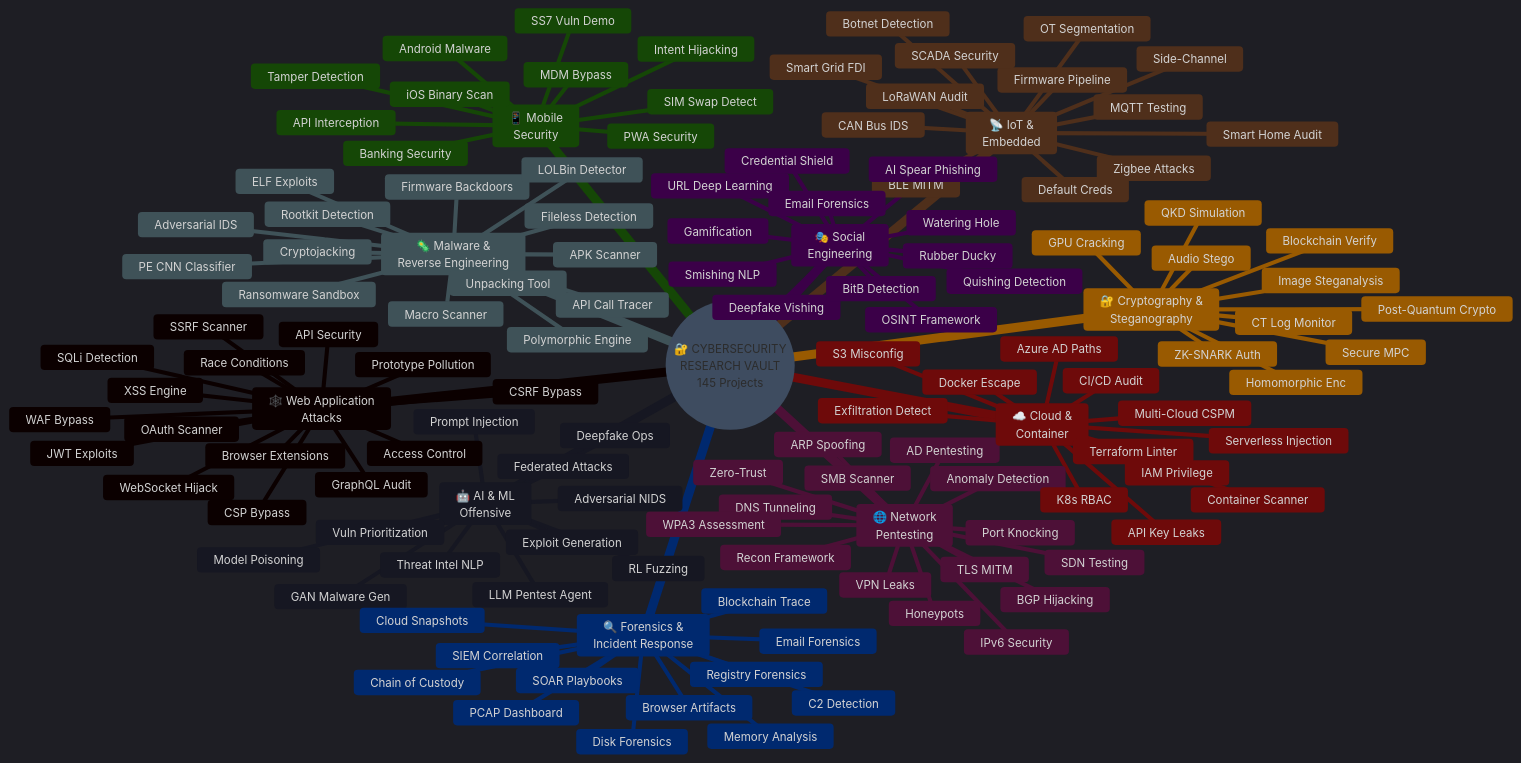
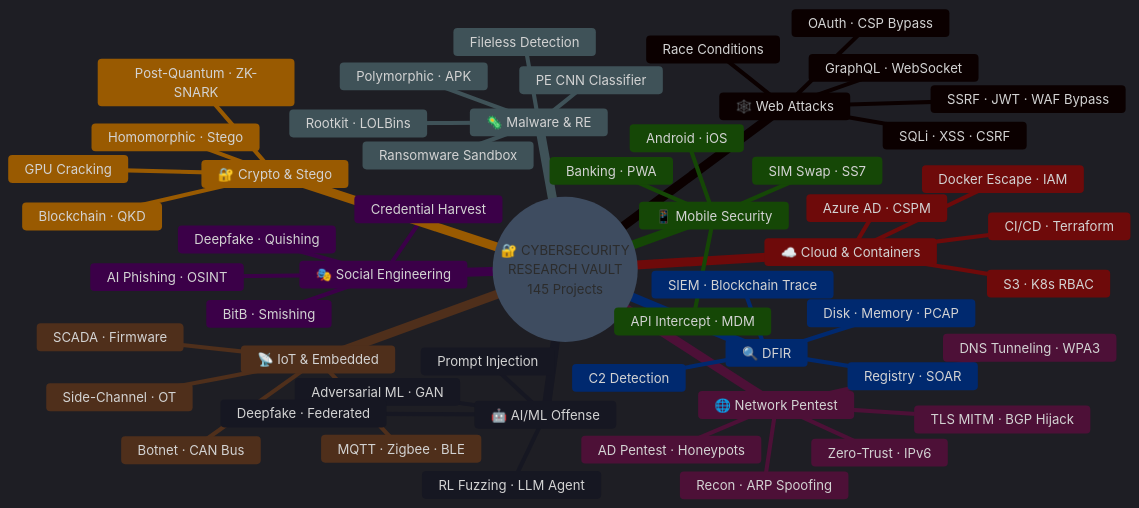
One commit to Osxninja/cybersecurity-projects changed the first of 2 diagrams in README.md. Above: the diagram before and after it, drawn with Mermaid. The commit also changed other lines of this file, not shown here.

````diff
--- a/README.md
+++ b/README.md
@@ -114,139 +48,58 @@
 ```mermaid
-%%{init: {'theme': 'dark', 'themeVariables': {'primaryColor': '#00ff9d', 'primaryTextColor': '#c9d1d9', 'primaryBorderColor': '#00ff9d', 'lineColor': '#00d4aa', 'secondaryColor': '#161b22', 'tertiaryColor': '#0d1117', 'fontSize': '14px'}}}%%
+%%{init: {'theme': 'dark', 'themeVariables': {'primaryColor': '#00ff9d', 'primaryTextColor': '#c9d1d9', 'primaryBorderColor': '#00ff9d', 'lineColor': '#00d4aa', 'secondaryColor': '#161b22', 'tertiaryColor': '#0d1117'}}}%%
 mindmap
   root((🔐 CYBERSECURITY<br/>RESEARCH VAULT<br/>145 Projects))
-    🕸️ Web Application<br/>Attacks
-      SQLi Detection
-      XSS Engine
-      CSRF Bypass
-      SSRF Scanner
-      API Security
-      JWT Exploits
-      WAF Bypass
-      GraphQL Audit
-      WebSocket Hijack
-      OAuth Scanner
-      CSP Bypass
+    🕸️ Web Attacks
+      SQLi · XSS · CSRF
+      SSRF · JWT · WAF Bypass
+      GraphQL · WebSocket
+      OAuth · CSP Bypass
       Race Conditions
-      Prototype Pollution
-      Browser Extensions
-      Access Control
-    🌐 Network<br/>Pentesting
-      Recon Framework
-      ARP Spoofing
-      DNS Tunneling
-      WPA3 Assessment
-      TLS MITM
-      Anomaly Detection
-      BGP Hijacking
-      Port Knocking
-      VPN Leaks
-      AD Pentesting
-      SMB Scanner
-      Zero-Trust
-      IPv6 Security
-      SDN Testing
-      Honeypots
-    🦠 Malware &<br/>Reverse Engineering
+    🌐 Network Pentest
+      Recon · ARP Spoofing
+      DNS Tunneling · WPA3
+      TLS MITM · BGP Hijack
+      AD Pentest · Honeypots
+      Zero-Trust · IPv6
+    🦠 Malware & RE
       PE CNN Classifier
       Ransomware Sandbox
       Fileless Detection
-      API Call Tracer
-      Polymorphic Engine
-      APK Scanner
-      ELF Exploits
-      Rootkit Detection
-      Unpacking Tool
-      Macro Scanner
-      Firmware Backdoors
-      Cryptojacking
-      Adversarial IDS
-      LOLBin Detector
-    📡 IoT &<br/>Embedded
-      Botnet Detection
-      Smart Home Audit
-      CAN Bus IDS
-      MQTT Testing
-      Zigbee Attacks
-      Firmware Pipeline
-      BLE MITM
-      SCADA Security
-      Default Creds
-      Smart Grid FDI
-      LoRaWAN Audit
-      Side-Channel
-      OT Segmentation
-    ☁️ Cloud &<br/>Container
-      S3 Misconfig
-      K8s RBAC
-      Docker Escape
-      IAM Privilege
-      Serverless Injection
-      CI/CD Audit
-      Multi-Cloud CSPM
-      Container Scanner
-      Exfiltration Detect
-      Terraform Linter
-      Azure AD Paths
-      API Key Leaks
-    🎭 Social<br/>Engineering
-      AI Spear Phishing
-      URL Deep Learning
-      Deepfake Vishing
-      Quishing Detection
-      OSINT Framework
-      Rubber Ducky
-      Email Forensics
-      BitB Detection
-      Smishing NLP
-      Credential Shield
-      Watering Hole
-      Gamification
-    🔐 Cryptography &<br/>Steganography
-      Image Steganalysis
-      Post-Quantum Crypto
-      Blockchain Verify
-      Homomorphic Enc
-      CT Log Monitor
+      Rootkit · LOLBins
+      Polymorphic · APK
+    📡 IoT & Embedded
+      Botnet · CAN Bus
+      MQTT · Zigbee · BLE
+      SCADA · Firmware
+      Side-Channel · OT
+    ☁️ Cloud & Containers
+      S3 · K8s RBAC
+      Docker Escape · IAM
+      CI/CD · Terraform
+      Azure AD · CSPM
+    🎭 Social Engineering
+      AI Phishing · OSINT
+      Deepfake · Quishing
+      BitB · Smishing
+      Credential Harvest
+    🔐 Crypto & Stego
+      Post-Quantum · ZK-SNARK
+      Blockchain · QKD
+      Homomorphic · Stego
       GPU Cracking
-      ZK-SNARK Auth
-      QKD Simulation
-      Audio Stego
-      Secure MPC
-    📱 Mobile<br/>Security
-      Android Malware
-      iOS Binary Scan
-      API Interception
-      SIM Swap Detect
-      Banking Security
-      Intent Hijacking
-      MDM Bypass
-      SS7 Vuln Demo
-      Tamper Detection
-      PWA Security
-    🤖 AI & ML<br/>Offensive
-      Adversarial NIDS
-      GAN Malware Gen
-      Exploit Generation
+    📱 Mobile Security
+      Android · iOS
+      SIM Swap · SS7
+      API Intercept · MDM
+      Banking · PWA
+    🤖 AI/ML Offense
+      Adversarial ML · GAN
       Prompt Injection
-      RL Fuzzing
-      Model Poisoning
-      Vuln Prioritization
-      Deepfake Ops
-      Threat Intel NLP
-      Federated Attacks
-      LLM Pentest Agent
-    🔍 Forensics &<br/>Incident Response
-      Disk Forensics
-      Memory Analysis
-      PCAP Dashboard
-      Email Forensics
-      Browser Artifacts
-      Blockchain Trace
-      SIEM Correlation
-      Chain of Custody
-      Registry Forensics
-      Cloud Snapshots
+      RL Fuzzing · LLM Agent
+      Deepfake · Federated
+    🔍 DFIR
+      Disk · Memory · PCAP
+      SIEM · Blockchain Trace
+      Registry · SOAR
       C2 Detection
-      SOAR Playbooks
 ```
````
